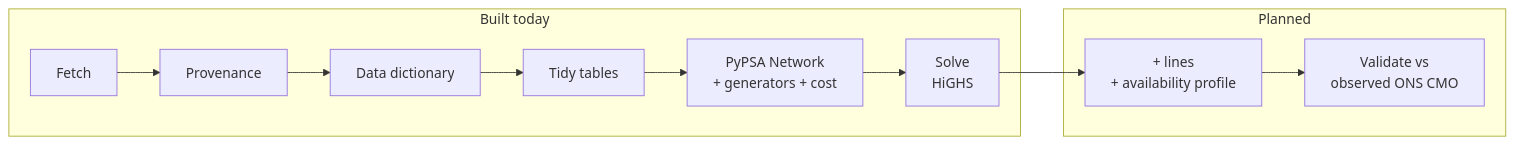
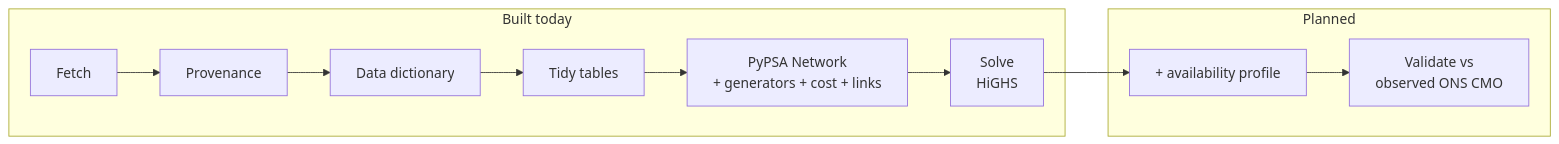
Before and after one commit to leonardovbonatto/pypsa-meets-brazil: the second of 12 diagrams in docs/STACK.md, drawn with Mermaid. The commit also changed other lines of this file and 7 other files, not shown here.

````diff
--- a/docs/STACK.md
+++ b/docs/STACK.md
@@ -76,14 +80,14 @@
 ```mermaid
 flowchart LR
     subgraph BUILT["Built today"]
         A["Fetch"] --> B["Provenance"]
         B --> C["Data dictionary"]
         C --> D["Tidy tables"]
-        D --> E["PyPSA Network<br/>+ generators + cost"]
+        D --> E["PyPSA Network<br/>+ generators + cost + links"]
         E --> S["Solve<br/>HiGHS"]
     end
     subgraph PLANNED["Planned"]
-        F["+ lines<br/>+ availability profile"] --> G["Validate vs<br/>observed ONS CMO"]
+        F["+ availability profile"] --> G["Validate vs<br/>observed ONS CMO"]
     end
     S --> F
 ```
````
